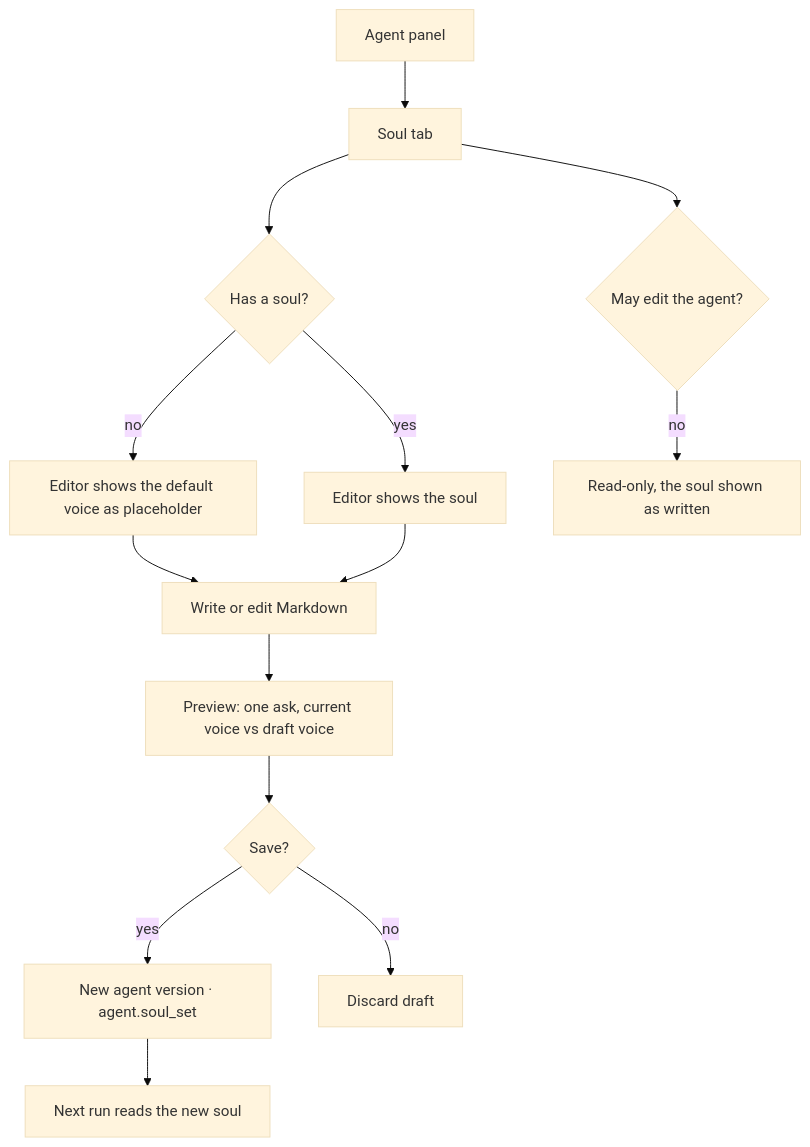
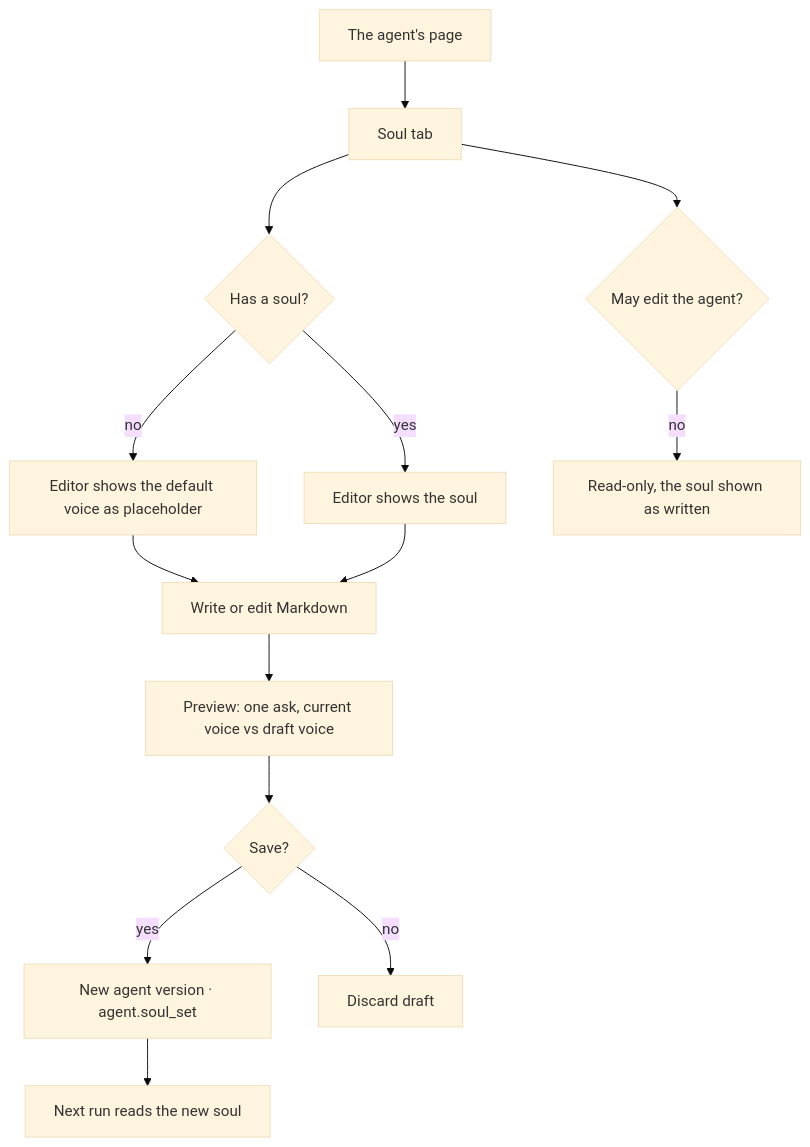
Before and after one commit to invana/invana: the diagram in docs/for-developers/modules/agents/features/soul.md, drawn with Mermaid (base theme). The commit also changed other lines of this file and 5 other files, not shown here.

````diff
--- a/docs/for-developers/modules/agents/features/soul.md
+++ b/docs/for-developers/modules/agents/features/soul.md
@@ -41,16 +41,16 @@
 ```mermaid
 flowchart TD
-    A[Agent panel] --> B[Soul tab]
+    A[The agent's page] --> B[Soul tab]
     B --> C{Has a soul?}
     C -->|no| D[Editor shows the default voice as placeholder]
     C -->|yes| E[Editor shows the soul]
     D --> F[Write or edit Markdown]
     E --> F
     F --> G[Preview: one ask, current voice vs draft voice]
     G --> H{Save?}
     H -->|yes| I[New agent version · agent.soul_set]
     H -->|no| J[Discard draft]
     I --> K[Next run reads the new soul]
     B --> L{May edit the agent?}
     L -->|no| M[Read-only, the soul shown as written]
 ```
````
